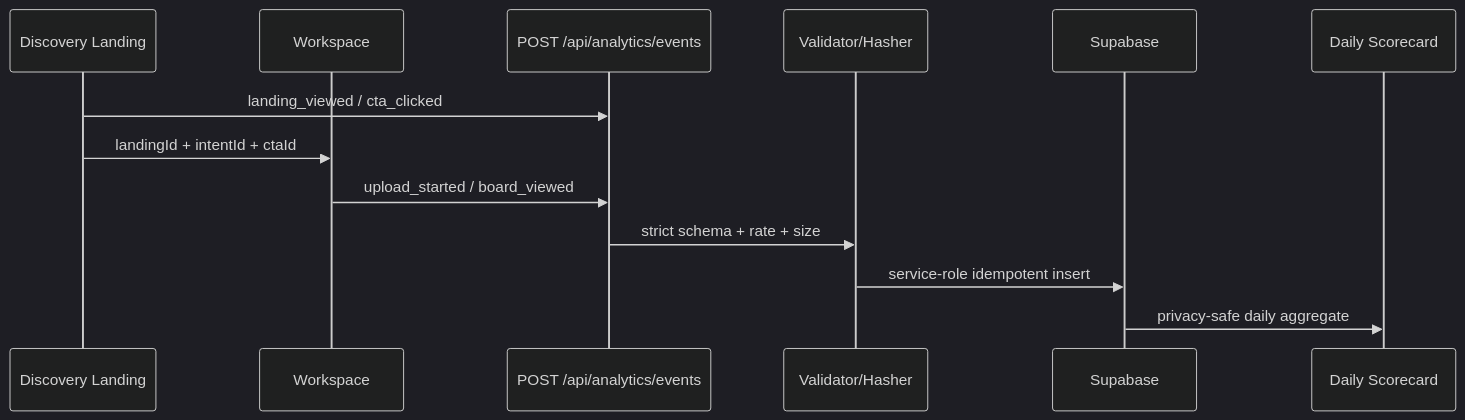
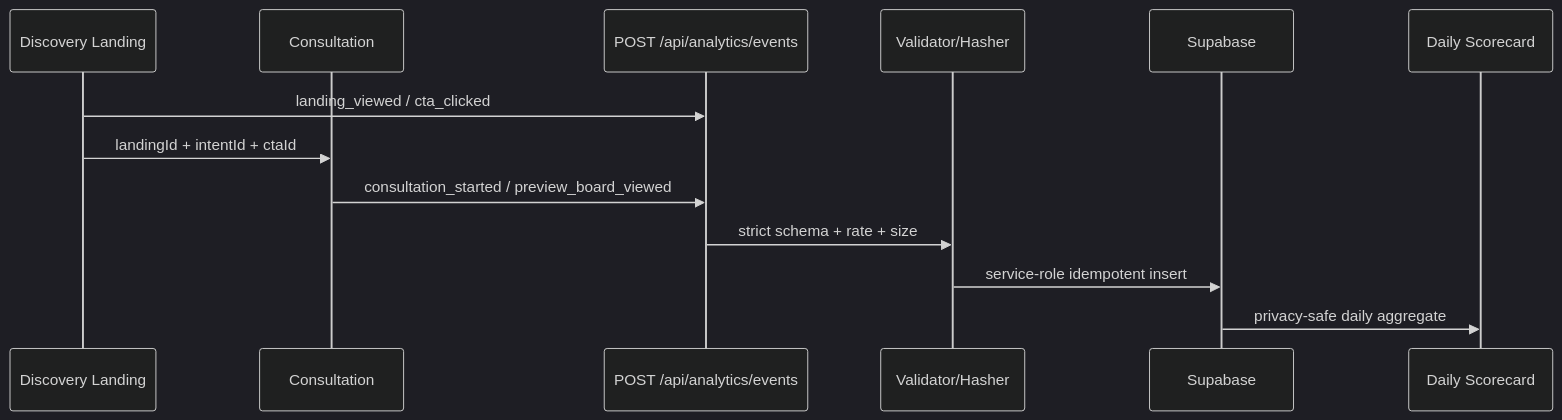
The diagram in docs/search-benchmark/implementation-plan/phase-03-trust-funnel-measurement.md (ImOrenge/hairstyleprivew), drawn with Mermaid (dark theme) before and after one commit. The commit also changed other lines of this file and 10 other files, not shown here.

````diff
--- a/docs/search-benchmark/implementation-plan/phase-03-trust-funnel-measurement.md
+++ b/docs/search-benchmark/implementation-plan/phase-03-trust-funnel-measurement.md
@@ -23,15 +31,15 @@
 ```mermaid
 sequenceDiagram
   participant L as Discovery Landing
-  participant W as Workspace
+  participant C as Consultation
   participant A as POST /api/analytics/events
   participant V as Validator/Hasher
   participant D as Supabase
   participant S as Daily Scorecard
   L->>A: landing_viewed / cta_clicked
-  L->>W: landingId + intentId + ctaId
-  W->>A: upload_started / board_viewed
+  L->>C: landingId + intentId + ctaId
+  C->>A: consultation_started / preview_board_viewed
   A->>V: strict schema + rate + size
   V->>D: service-role idempotent insert
   D->>S: privacy-safe daily aggregate
 ```
````
